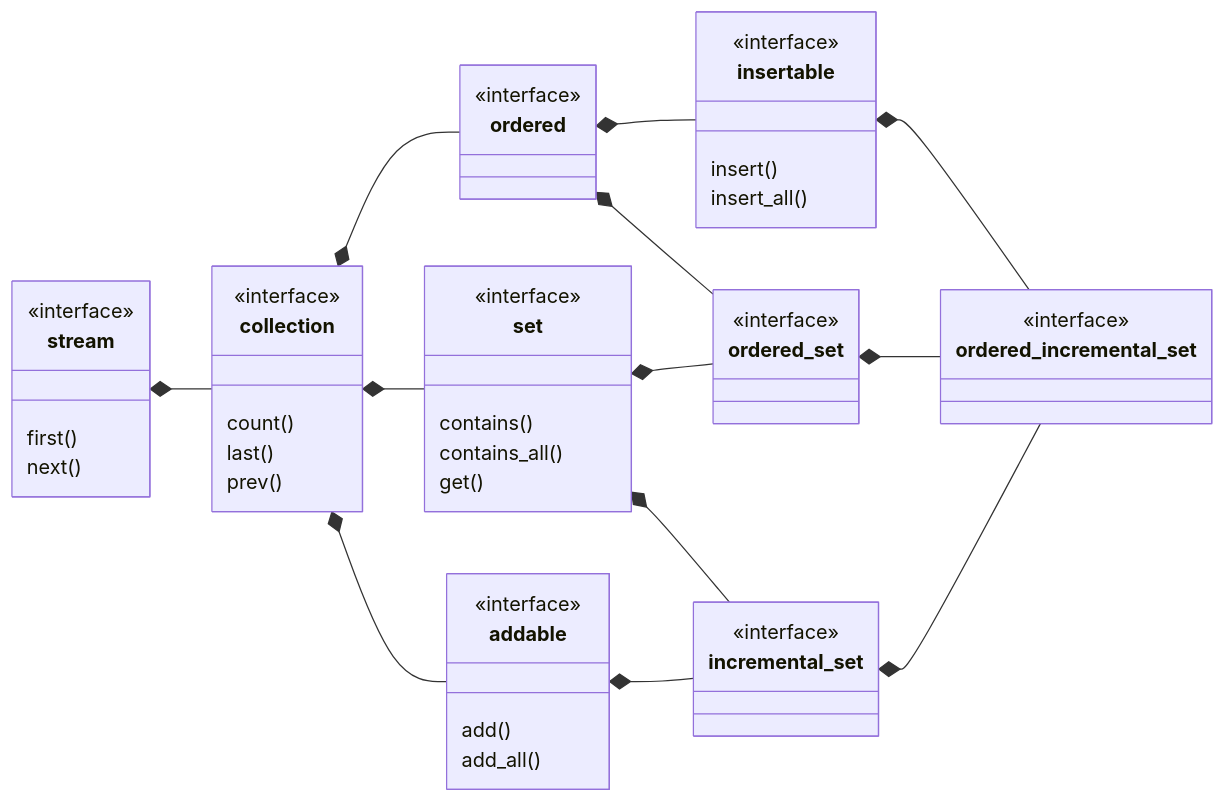
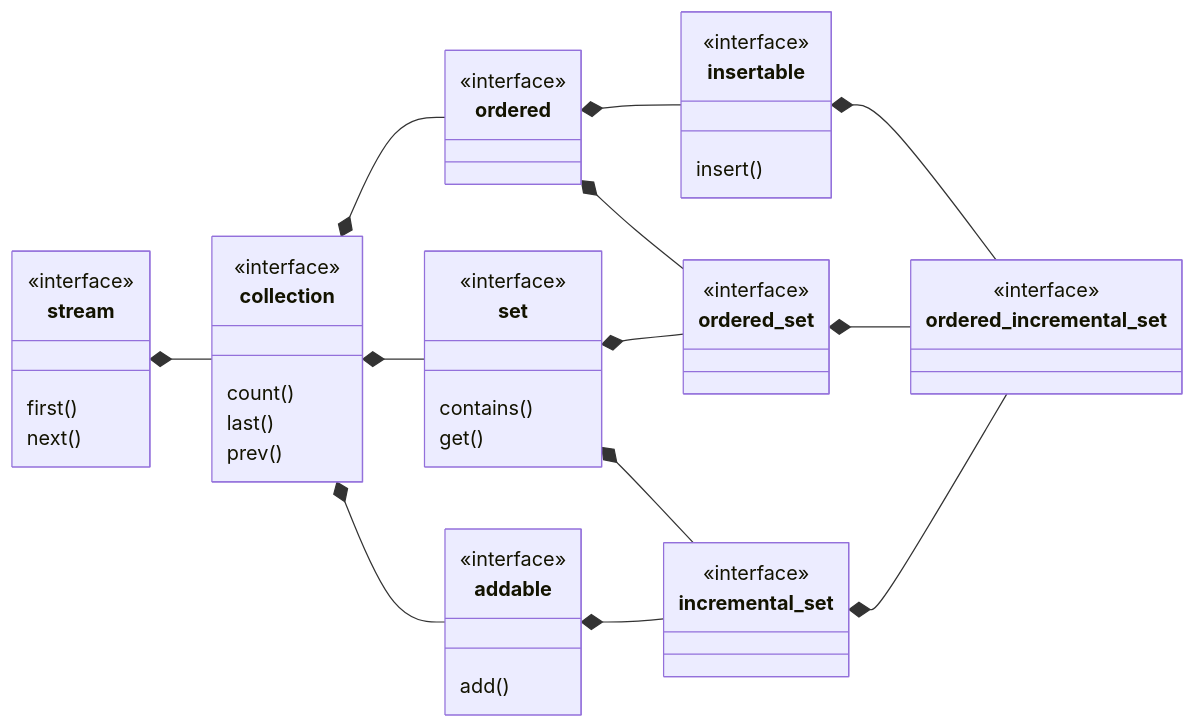
The diagram in doc/ordered_incremental_set.md (pretore/aquarium-butterflyfish), drawn with Mermaid before and after one commit. The commit also changed 26 other files, not shown here.

````diff
--- a/doc/ordered_incremental_set.md
+++ b/doc/ordered_incremental_set.md
@@ -3,51 +3,48 @@
 ```mermaid
 classDiagram
     direction LR
     class stream {
         first()
         next()
     }
     <<interface>> stream
     class collection {
         count()
         last()
         prev()
     }
     <<interface>> collection
     stream *-- collection
     class ordered
     <<interface>> ordered
     collection *-- ordered
     class insertable {
         insert()
-        insert_all()
     }
     <<interface>> insertable
     ordered *-- insertable
     class set {
         contains()
-        contains_all()
         get()
     }
     <<interface>> set
     collection *-- set
     class addable {
         add()
-        add_all()
     }
     <<interface>> addable
     collection *-- addable
     class incremental_set
     <<interface>> incremental_set
     set *-- incremental_set
     addable *-- incremental_set
     class ordered_set
     <<interface>> ordered_set
     ordered *-- ordered_set
     set *-- ordered_set
     class ordered_incremental_set
     <<interface>> ordered_incremental_set
     insertable *-- ordered_incremental_set
     ordered_set *-- ordered_incremental_set
     incremental_set *-- ordered_incremental_set
 ```
````
